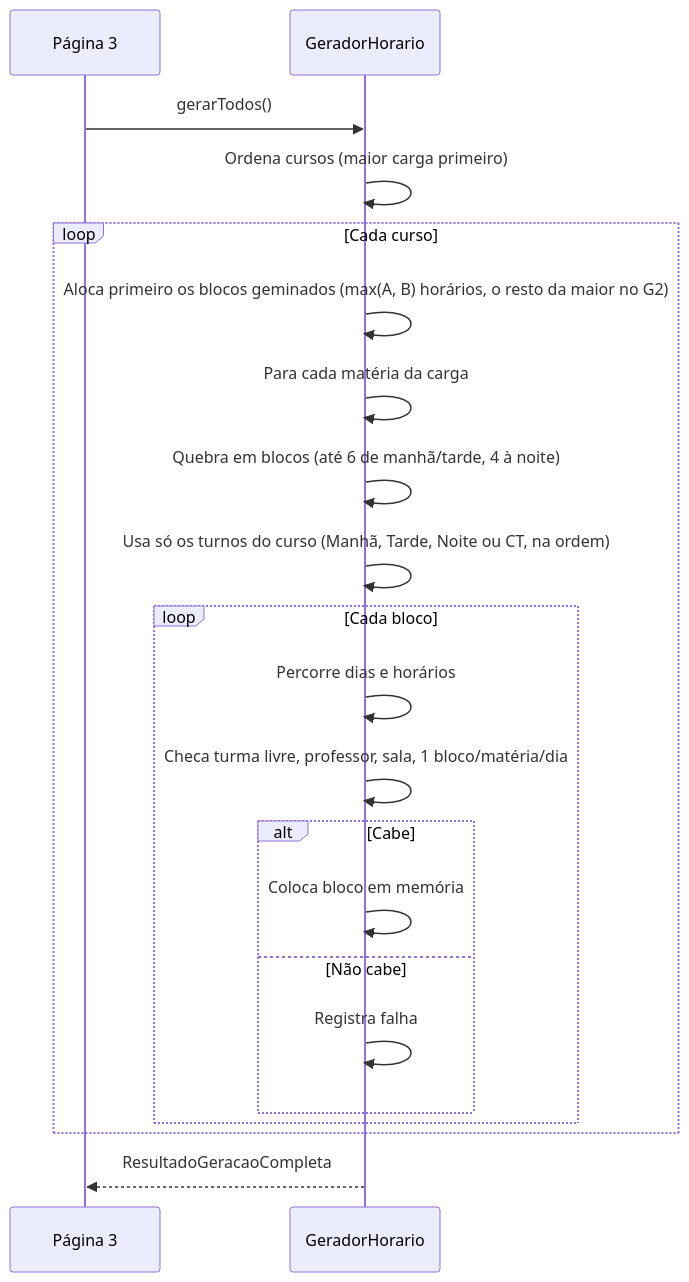
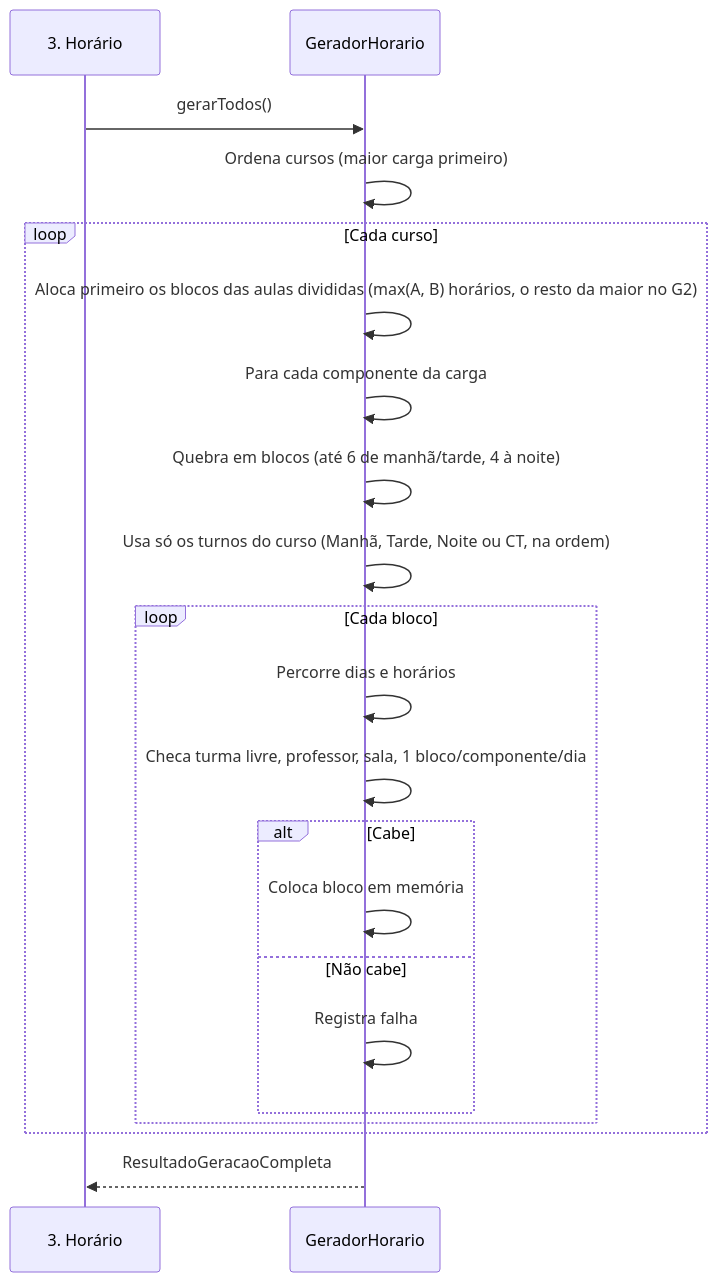
Before and after one commit to JoaoAmorimParanhos/newTCC: the second of 3 diagrams in docs/diagramas_sequencia.md, drawn with Mermaid. The commit also changed other lines of this file and 58 other files, not shown here.

````diff
--- a/docs/diagramas_sequencia.md
+++ b/docs/diagramas_sequencia.md
@@ -93,27 +93,27 @@
 ```mermaid
 sequenceDiagram
-    participant P3 as Página 3
+    participant P3 as 3. Horário
     participant Ger as GeradorHorario
 
     P3->>Ger: gerarTodos()
     Ger->>Ger: Ordena cursos (maior carga primeiro)
 
     loop Cada curso
-        Ger->>Ger: Aloca primeiro os blocos geminados (max(A, B) horários, o resto da maior no G2)
-        Ger->>Ger: Para cada matéria da carga
+        Ger->>Ger: Aloca primeiro os blocos das aulas divididas (max(A, B) horários, o resto da maior no G2)
+        Ger->>Ger: Para cada componente da carga
         Ger->>Ger: Quebra em blocos (até 6 de manhã/tarde, 4 à noite)
         Ger->>Ger: Usa só os turnos do curso (Manhã, Tarde, Noite ou CT, na ordem)
 
         loop Cada bloco
             Ger->>Ger: Percorre dias e horários
-            Ger->>Ger: Checa turma livre, professor, sala, 1 bloco/matéria/dia
+            Ger->>Ger: Checa turma livre, professor, sala, 1 bloco/componente/dia
             alt Cabe
                 Ger->>Ger: Coloca bloco em memória
             else Não cabe
                 Ger->>Ger: Registra falha
             end
         end
     end
 
     Ger-->>P3: ResultadoGeracaoCompleta
 ```
````
